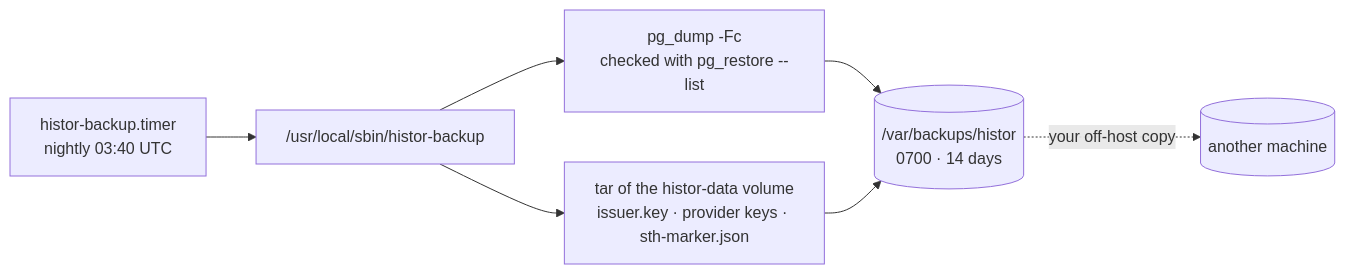
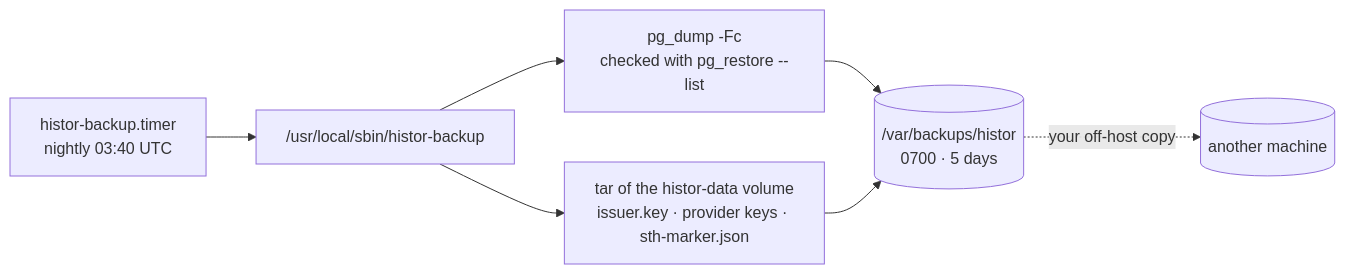
Before and after one commit to alexar76/histor: the third of 3 diagrams in docs/operations.md, drawn with Mermaid. The commit also changed 9 other files, not shown here.

````diff
--- a/docs/operations.md
+++ b/docs/operations.md
@@ -112,9 +112,9 @@
 ```mermaid
 flowchart LR
     T["histor-backup.timer<br/>nightly 03:40 UTC"] --> S["/usr/local/sbin/histor-backup"]
     S --> D["pg_dump -Fc<br/>checked with pg_restore --list"]
     S --> K["tar of the histor-data volume<br/>issuer.key · provider keys · sth-marker.json"]
-    D --> B[("/var/backups/histor<br/>0700 · 14 days")]
+    D --> B[("/var/backups/histor<br/>0700 · 5 days")]
     K --> B
     B -. "your off-host copy" .-> O[("another machine")]
 ```
````
